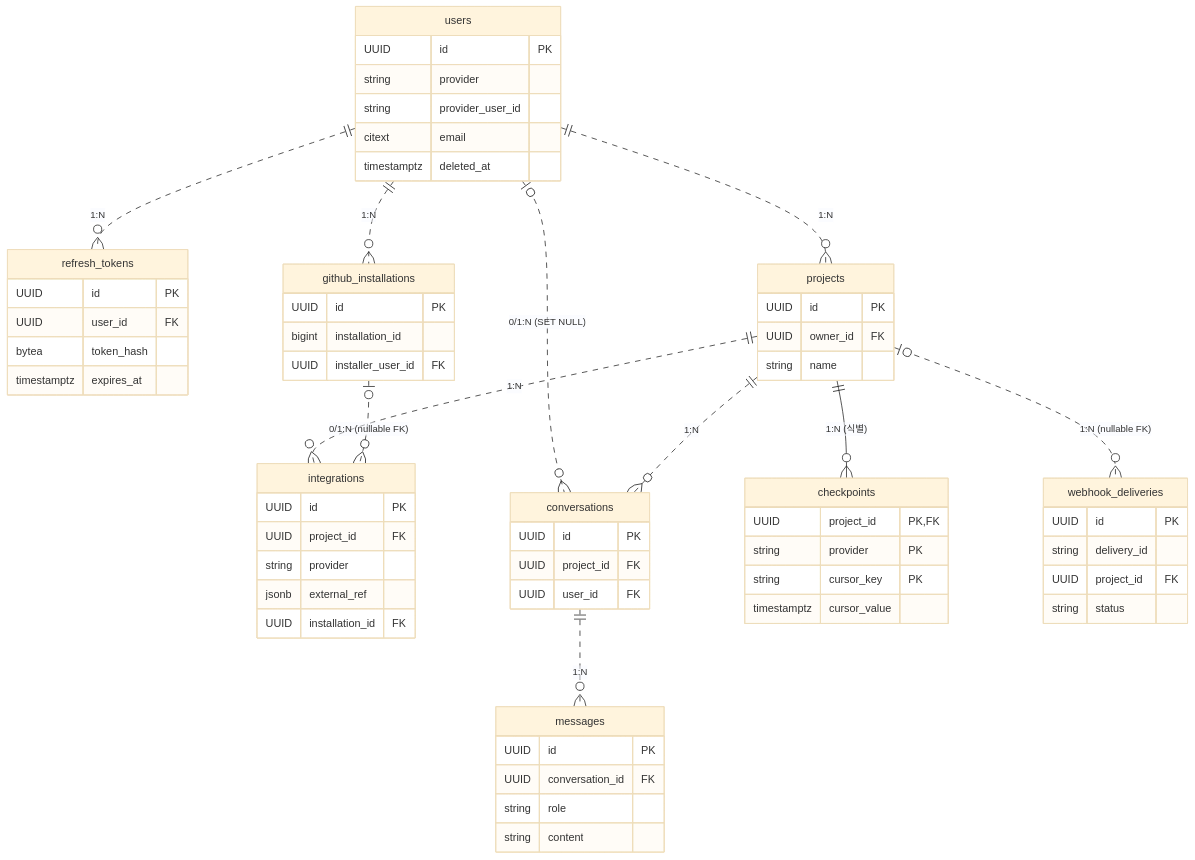
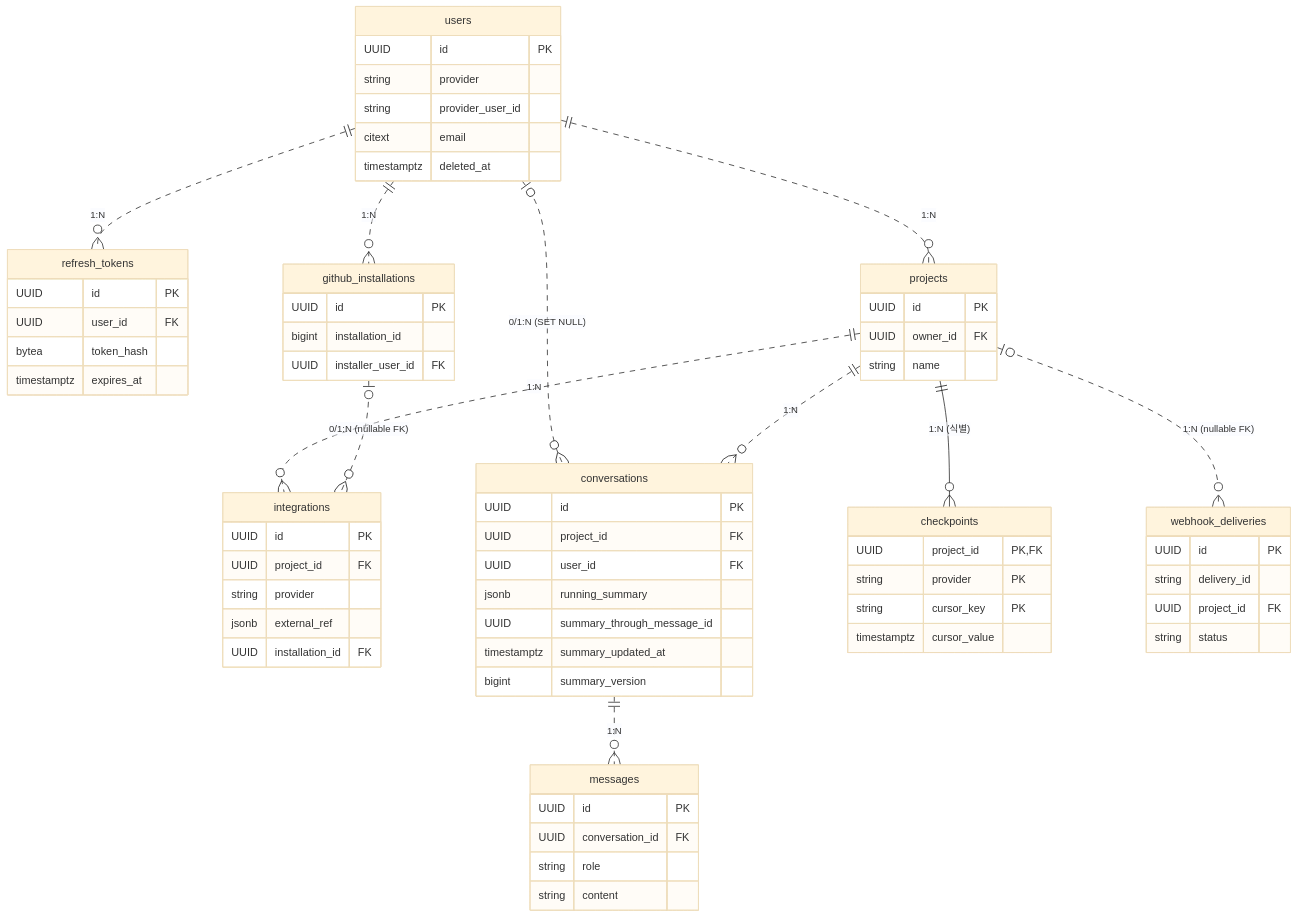
One commit to se-zero/history-tracker changed the diagram in docs/DB.md. Above: the diagram before and after it, drawn with Mermaid (base theme). The commit also changed other lines of this file and 2 other files, not shown here.

````diff
--- a/docs/DB.md
+++ b/docs/DB.md
@@ -13,67 +13,71 @@
 ```mermaid
 erDiagram
     users {
         UUID id PK
         string provider
         string provider_user_id
         citext email
         timestamptz deleted_at
     }
     refresh_tokens {
         UUID id PK
         UUID user_id FK
         bytea token_hash
         timestamptz expires_at
     }
     github_installations {
         UUID id PK
         bigint installation_id
         UUID installer_user_id FK
     }
     projects {
         UUID id PK
         UUID owner_id FK
         string name
     }
     integrations {
         UUID id PK
         UUID project_id FK
         string provider
         jsonb external_ref
         UUID installation_id FK
     }
     conversations {
         UUID id PK
         UUID project_id FK
         UUID user_id FK
+        jsonb running_summary
+        UUID summary_through_message_id
+        timestamptz summary_updated_at
+        bigint summary_version
     }
     messages {
         UUID id PK
         UUID conversation_id FK
         string role
         string content
     }
     checkpoints {
         UUID project_id PK,FK
         string provider PK
         string cursor_key PK
         timestamptz cursor_value
     }
     webhook_deliveries {
         UUID id PK
         string delivery_id
         UUID project_id FK
         string status
     }
 
     users          ||..o{ refresh_tokens        : "1:N"
     users          ||..o{ github_installations  : "1:N"
     users          ||..o{ projects              : "1:N"
     users          |o..o{ conversations         : "0/1:N  (SET NULL)"
     projects       ||..o{ integrations          : "1:N"
     projects       ||..o{ conversations         : "1:N"
     projects       |o..o{ webhook_deliveries    : "1:N  (nullable FK)"
     projects       ||--o{ checkpoints           : "1:N  (식별)"
     github_installations |o..o{ integrations   : "0/1:N  (nullable FK)"
     conversations  ||..o{ messages              : "1:N"
 ```
````
